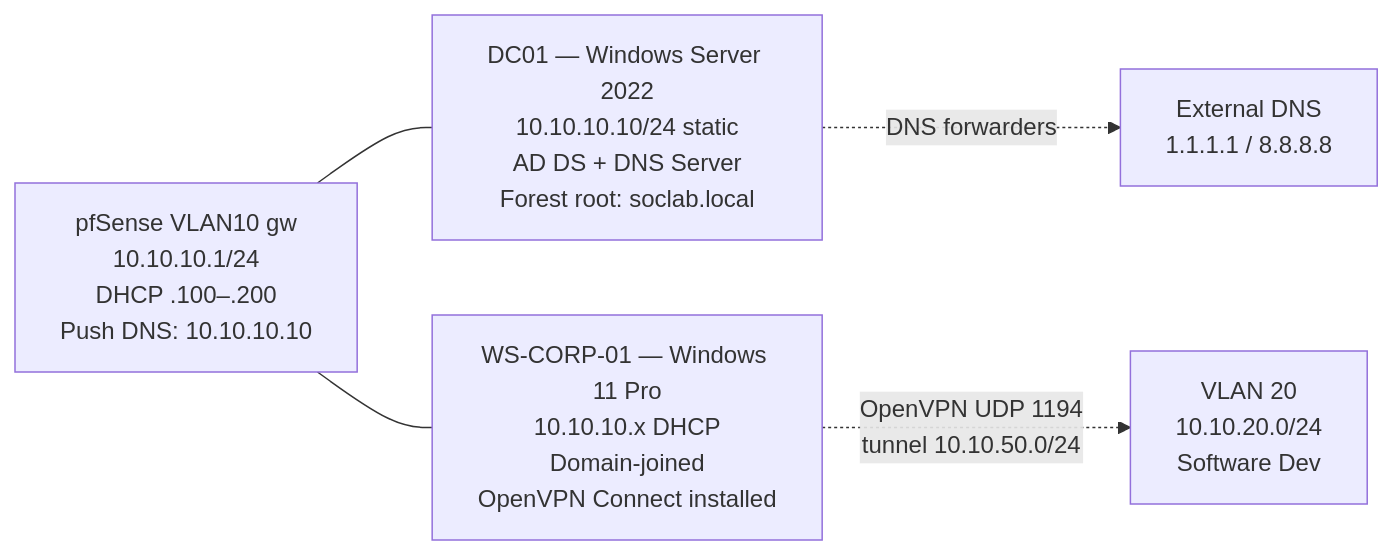
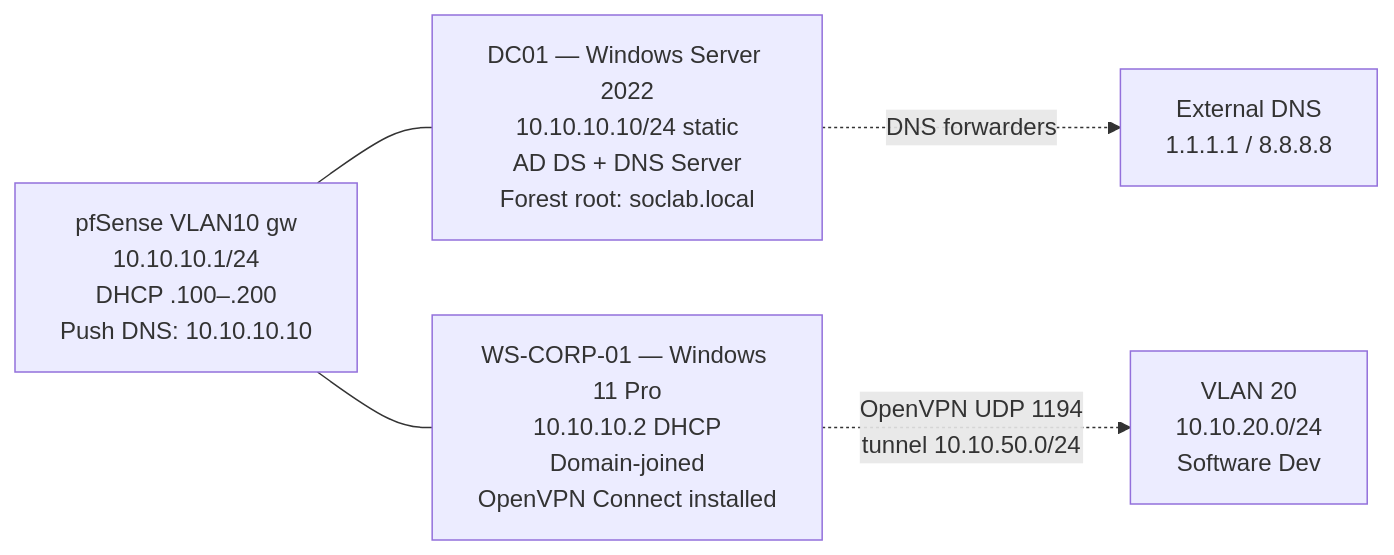
The diagram in docs/01-infrastructure/02-vlan10.md (DanielBandarica02/SOC-HomeLab), drawn with Mermaid before and after one commit.

````diff
--- a/docs/01-infrastructure/02-vlan10.md
+++ b/docs/01-infrastructure/02-vlan10.md
@@ -11,12 +11,12 @@
 ```mermaid
 flowchart LR
     pfsense[pfSense VLAN10 gw<br/>10.10.10.1/24<br/>DHCP .100–.200<br/>Push DNS: 10.10.10.10]
     dc01[DC01 — Windows Server 2022<br/>10.10.10.10/24 static<br/>AD DS + DNS Server<br/>Forest root: soclab.local]
-    wscorp[WS-CORP-01 — Windows 11 Pro<br/>10.10.10.x DHCP<br/>Domain-joined<br/>OpenVPN Connect installed]
+    wscorp[WS-CORP-01 — Windows 11 Pro<br/>10.10.10.2 DHCP<br/>Domain-joined<br/>OpenVPN Connect installed]
     vlan20[VLAN 20<br/>10.10.20.0/24<br/>Software Dev]
     external[External DNS<br/>1.1.1.1 / 8.8.8.8]
     pfsense --- dc01
     pfsense --- wscorp
     wscorp -.->|OpenVPN UDP 1194<br/>tunnel 10.10.50.0/24| vlan20
     dc01 -.->|DNS forwarders| external
 ```
````
